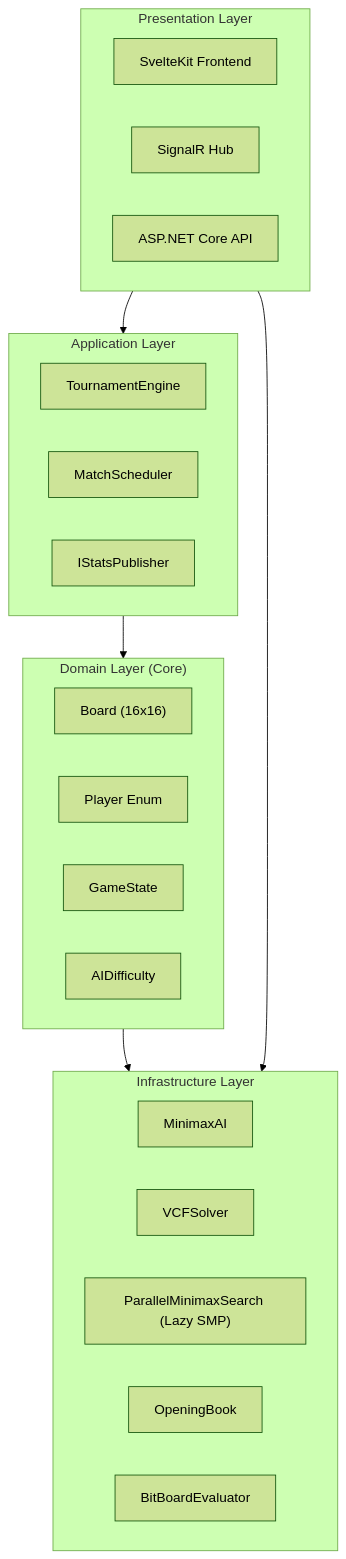
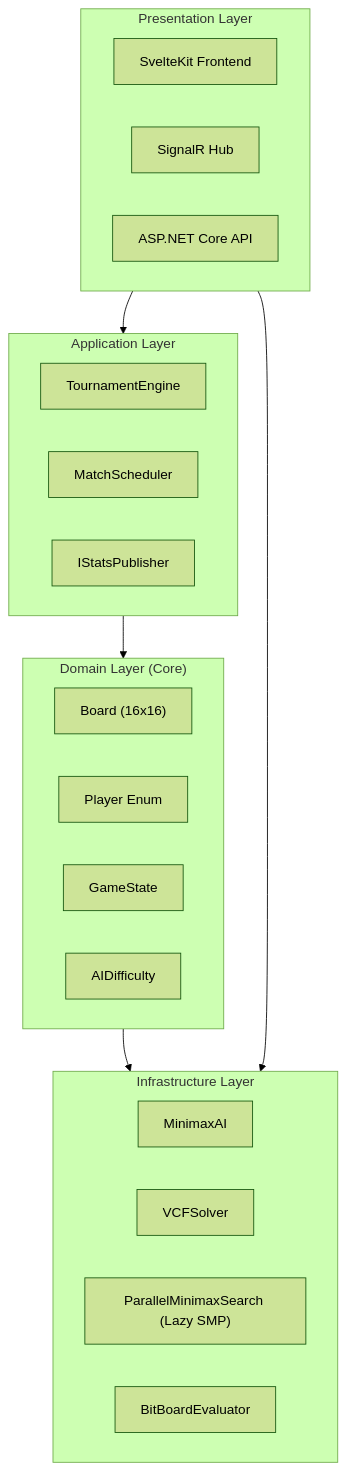
The diagram in README.md (lavantien/caro-ai-pvp), drawn with Mermaid (forest theme) before and after one commit. The commit also changed other lines of this file and 2 other files, not shown here.

Commit message:
docs: update documentation for book removal and board notation

````diff
--- a/README.md
+++ b/README.md
@@ -290,34 +242,33 @@
 ```mermaid
 graph TB
     subgraph Presentation["Presentation Layer"]
         SvelteKit["SvelteKit Frontend"]
         SignalR["SignalR Hub"]
         API["ASP.NET Core API"]
     end
 
     subgraph Application["Application Layer"]
         TournamentEngine["TournamentEngine"]
         MatchScheduler["MatchScheduler"]
         StatsPublisher["IStatsPublisher"]
     end
 
     subgraph Domain["Domain Layer (Core)"]
         Board["Board (16x16)"]
         Player["Player Enum"]
         GameState["GameState"]
         AIDifficulty["AIDifficulty"]
     end
 
     subgraph Infrastructure["Infrastructure Layer"]
         MinimaxAI["MinimaxAI"]
         VCFSolver["VCFSolver"]
         ParallelSearch["ParallelMinimaxSearch (Lazy SMP)"]
-        OpeningBook["OpeningBook"]
         Evaluator["BitBoardEvaluator"]
     end
 
     Presentation --> Application
     Application --> Domain
     Domain --> Infrastructure
     Presentation --> Infrastructure
 ```
````
